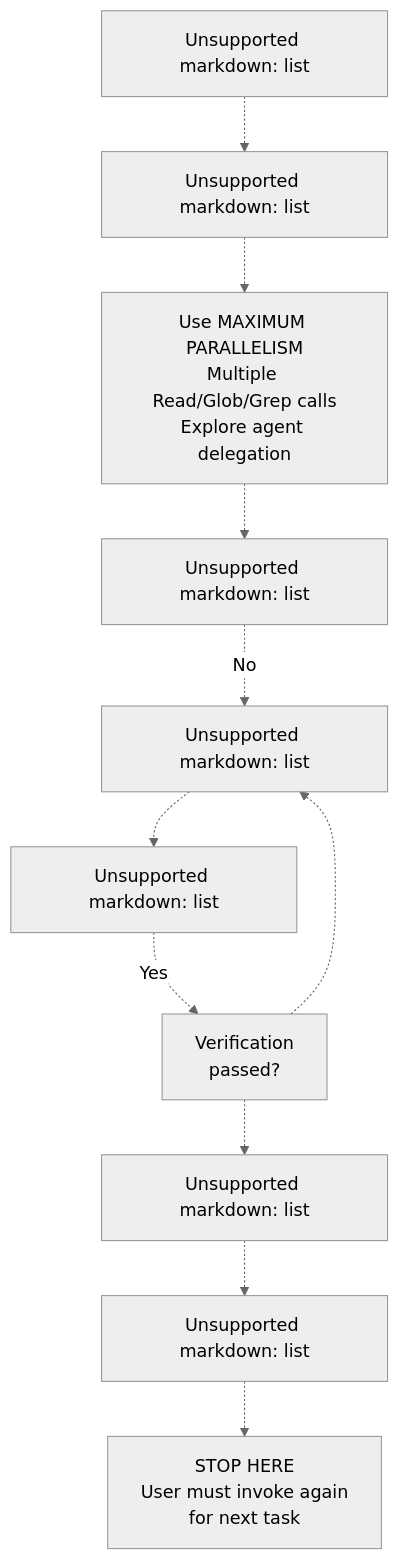
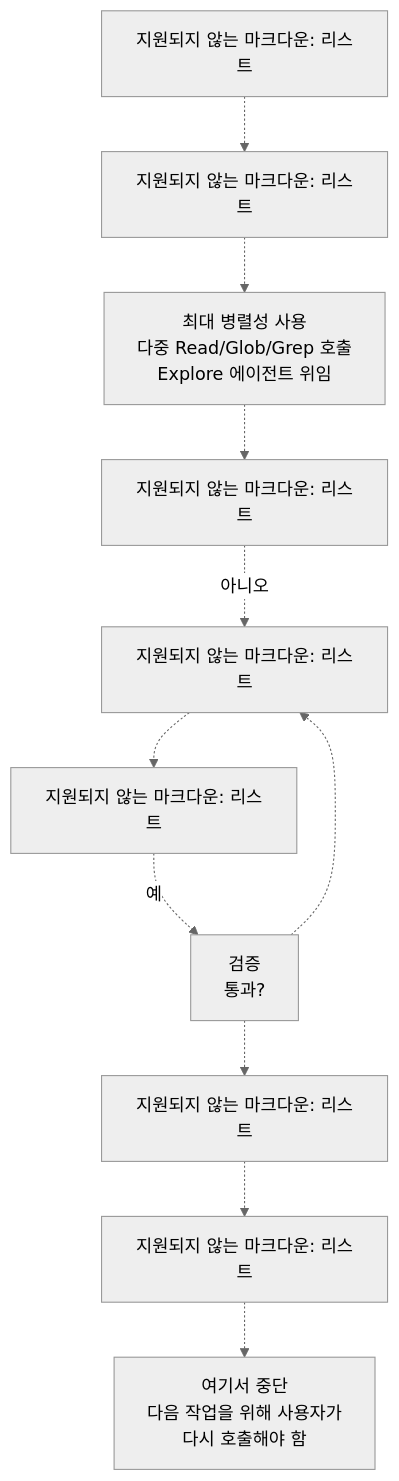
One commit to felipetruman/oh-my-opencode-docs changed the second of 8 diagrams in docs/agents/document-writer.md. Above: the diagram before and after it, drawn with Mermaid (neutral theme). The commit also changed other lines of this file and 76 other files, not shown here.

````diff
--- a/docs/agents/document-writer.md
+++ b/docs/agents/document-writer.md
@@ -98,25 +98,25 @@
 ```mermaid
 flowchart TD
 
-Step1["Unsupported markdown: list"]
-Step2["Unsupported markdown: list"]
-Step3["Unsupported markdown: list"]
-Step4["Unsupported markdown: list"]
-Step5["Unsupported markdown: list"]
-Step6["Unsupported markdown: list"]
-Step7["Unsupported markdown: list"]
-Parallelism["Use MAXIMUM PARALLELISM<br>Multiple Read/Glob/Grep calls<br>Explore agent delegation"]
-VerifyPass["Verification<br>passed?"]
-Stop["STOP HERE<br>User must invoke again<br>for next task"]
+Step1["지원되지 않는 마크다운: 리스트"]
+Step2["지원되지 않는 마크다운: 리스트"]
+Step3["지원되지 않는 마크다운: 리스트"]
+Step4["지원되지 않는 마크다운: 리스트"]
+Step5["지원되지 않는 마크다운: 리스트"]
+Step6["지원되지 않는 마크다운: 리스트"]
+Step7["지원되지 않는 마크다운: 리스트"]
+Parallelism["최대 병렬성 사용<br>다중 Read/Glob/Grep 호출<br>Explore 에이전트 위임"]
+VerifyPass["검증<br>통과?"]
+Stop["여기서 중단<br>다음 작업을 위해 사용자가<br>다시 호출해야 함"]
 
 Step1 -.-> Step2
 Step2 -.-> Parallelism
 Parallelism -.-> Step3
-Step3 -.->|"No"| Step4
+Step3 -.->|"아니오"| Step4
 Step4 -.-> Step5
-Step5 -.->|"Yes"| VerifyPass
+Step5 -.->|"예"| VerifyPass
 VerifyPass -.-> Step6
 VerifyPass -.-> Step4
 Step6 -.-> Step7
 Step7 -.-> Stop
 ```
````
